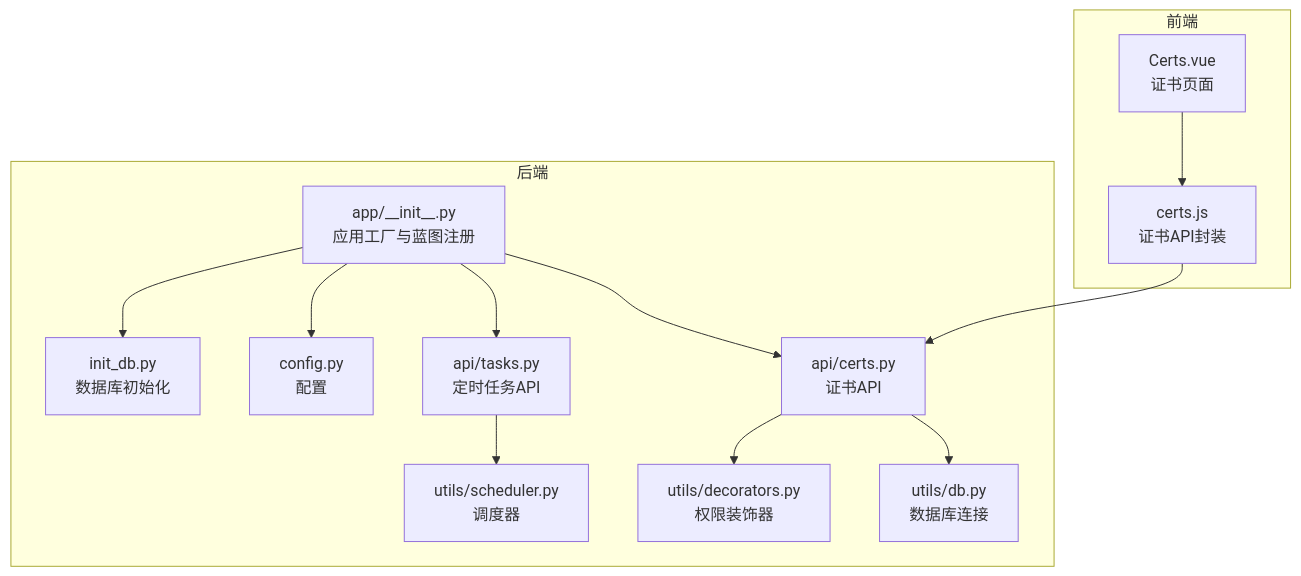
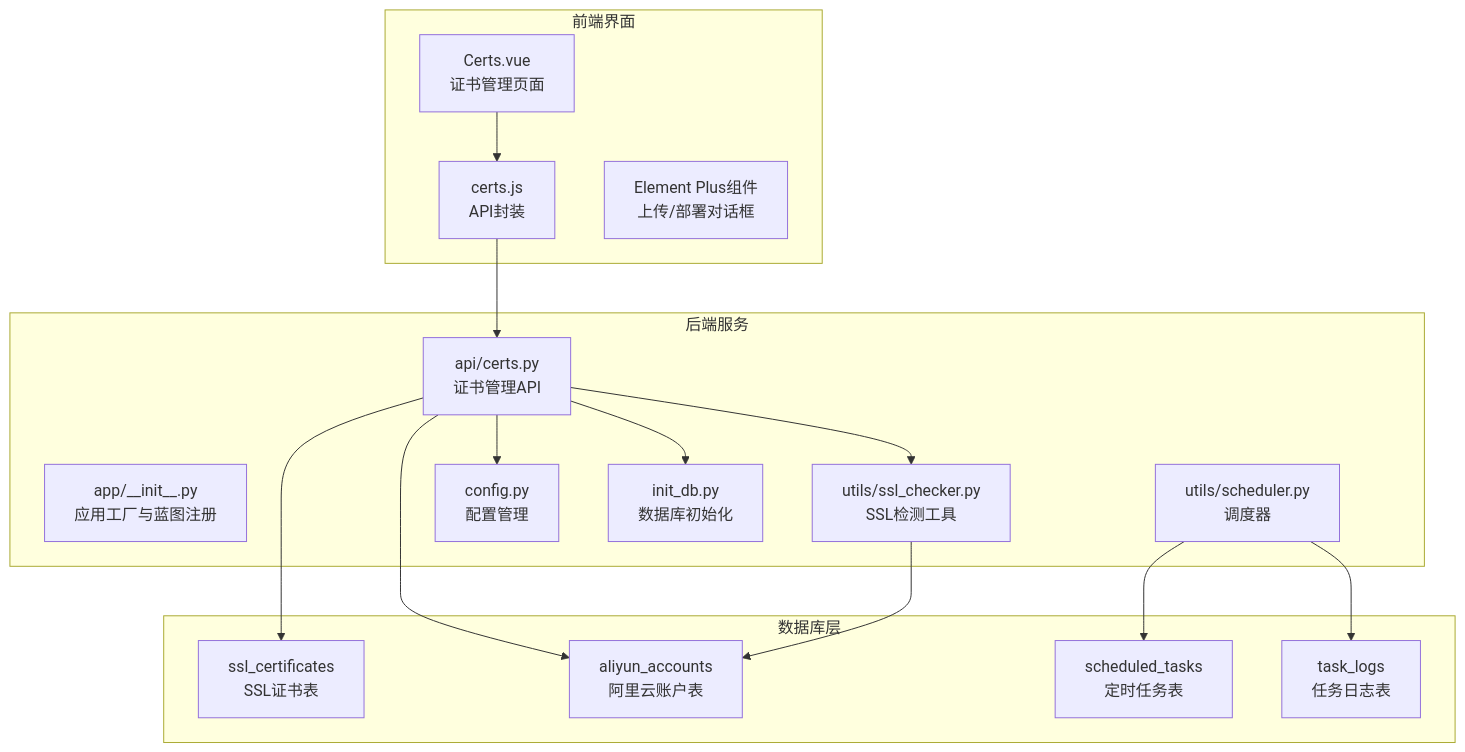
The first of 12 diagrams in .qoder/repowiki/zh/content/核心功能模块/证书管理模块.md (ismine3/OPS), drawn with Mermaid before and after one commit. The commit also changed other lines of this file and 8 other files, not shown here.

````diff
--- a/.qoder/repowiki/zh/content/核心功能模块/证书管理模块.md
+++ b/.qoder/repowiki/zh/content/核心功能模块/证书管理模块.md
@@ -43,26 +50,32 @@
 ```mermaid
 graph TB
-subgraph "前端"
-FE_Certs["Certs.vue<br/>证书页面"]
-FE_API["certs.js<br/>证书API封装"]
+subgraph "前端界面"
+FE_Certs["Certs.vue<br/>证书管理页面"]
+FE_API["certs.js<br/>API封装"]
+FE_Components["Element Plus组件<br/>上传/部署对话框"]
 end
-subgraph "后端"
+subgraph "后端服务"
 APP["app/__init__.py<br/>应用工厂与蓝图注册"]
-CERTS_API["api/certs.py<br/>证书API"]
-TASKS_API["api/tasks.py<br/>定时任务API"]
+CERTS_API["api/certs.py<br/>证书管理API"]
+SSL_UTILS["utils/ssl_checker.py<br/>SSL检测工具"]
 SCHEDULER["utils/scheduler.py<br/>调度器"]
-UTIL_DB["utils/db.py<br/>数据库连接"]
-UTIL_DECOR["utils/decorators.py<br/>权限装饰器"]
-CONFIG["config.py<br/>配置"]
+CONFIG["config.py<br/>配置管理"]
 INIT_DB["init_db.py<br/>数据库初始化"]
+end
+subgraph "数据库层"
+DB_SSL_CERTS["ssl_certificates<br/>SSL证书表"]
+DB_ALIYUN["aliyun_accounts<br/>阿里云账户表"]
+DB_TASKS["scheduled_tasks<br/>定时任务表"]
+DB_LOGS["task_logs<br/>任务日志表"]
 end
 FE_Certs --> FE_API
 FE_API --> CERTS_API
-CERTS_API --> UTIL_DB
-CERTS_API --> UTIL_DECOR
-TASKS_API --> SCHEDULER
-APP --> CERTS_API
-APP --> TASKS_API
-APP --> CONFIG
-APP --> INIT_DB
+CERTS_API --> SSL_UTILS
+CERTS_API --> CONFIG
+CERTS_API --> INIT_DB
+CERTS_API --> DB_SSL_CERTS
+CERTS_API --> DB_ALIYUN
+SSL_UTILS --> DB_ALIYUN
+SCHEDULER --> DB_TASKS
+SCHEDULER --> DB_LOGS
 ```
````
